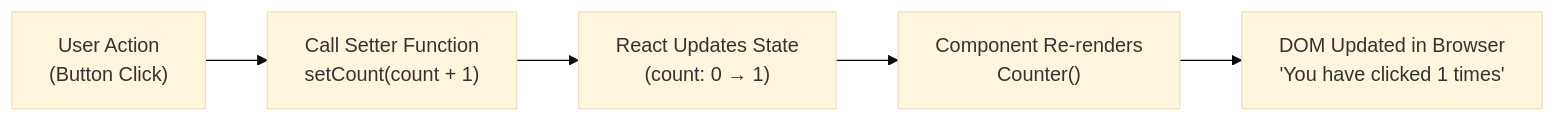
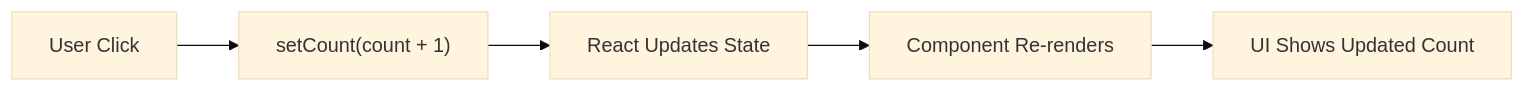
One commit to spant671-ux/React2 changed the third of 11 diagrams in notes.md. Above: the diagram before and after it, drawn with Mermaid (base theme). The commit also changed other lines of this file and 1 other file, not shown here.

````diff
--- a/notes.md
+++ b/notes.md
@@ -185,7 +130,7 @@
 ```mermaid
 graph LR
-    User["User Action<br/>(Button Click)"] --> Trigger["Call Setter Function<br/>setCount(count + 1)"]
-    Trigger --> State["React Updates State<br/>(count: 0 → 1)"]
-    State --> ReRender["Component Re-renders<br/>Counter()"]
-    ReRender --> DOMUpdate["DOM Updated in Browser<br/>'You have clicked 1 times'"]
+    User["User Click"] --> Setter["setCount(count + 1)"]
+    Setter --> ReactState["React Updates State"]
+    ReactState --> ReRender["Component Re-renders"]
+    ReRender --> DOM["UI Shows Updated Count"]
 ```
````
